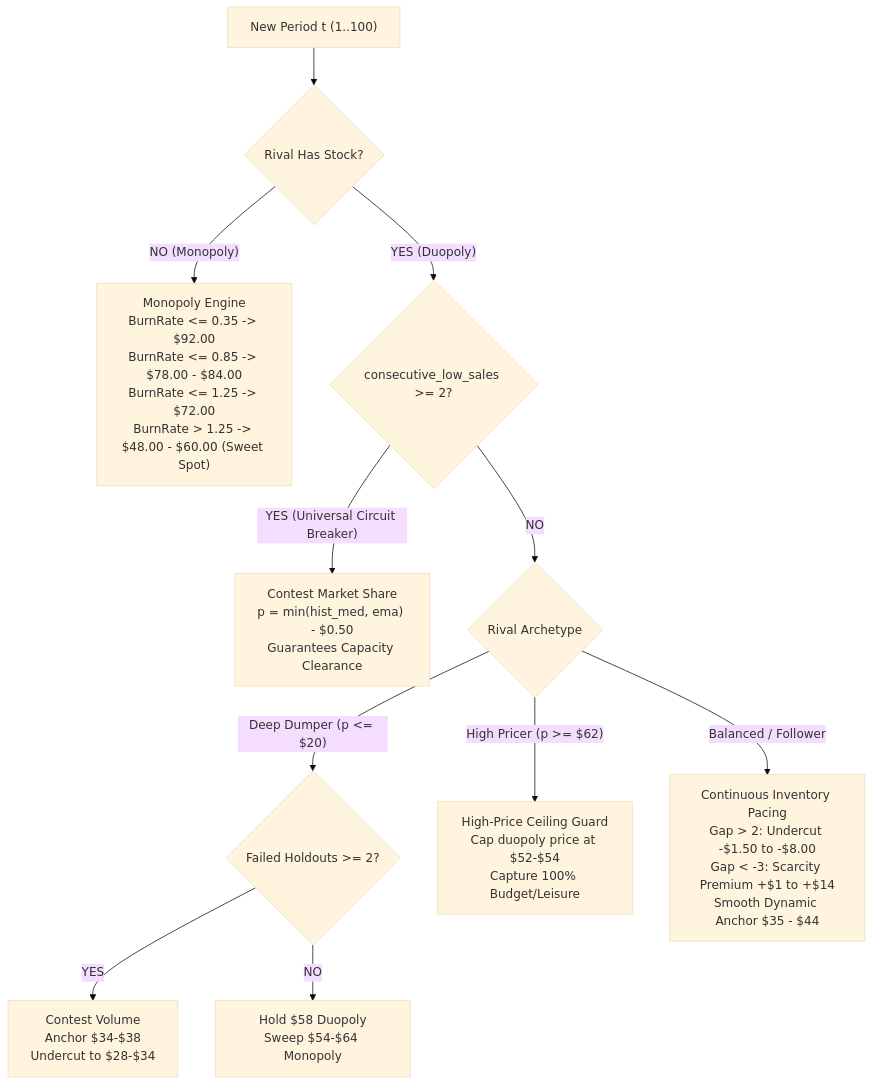
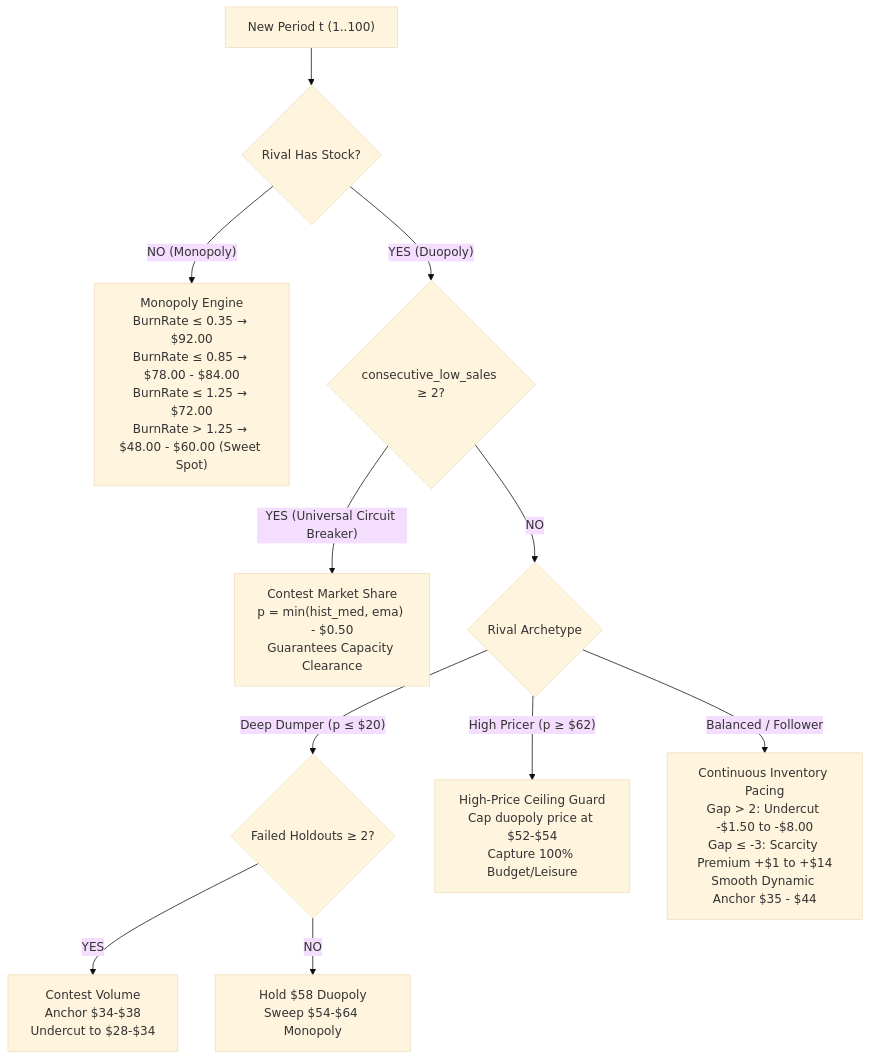
The diagram in README.md (RamezCh/Learning-Optimization), drawn with Mermaid (base theme) before and after one commit. The commit also changed other lines of this file and 7 other files, not shown here.

````diff
--- a/README.md
+++ b/README.md
@@ -253,20 +253,20 @@
 ```mermaid
 flowchart TD
     Start["New Period t (1..100)"] --> StockCheck{"Rival Has Stock?"}
     
-    StockCheck -- "NO (Monopoly)" --> MonopolyEngine["Monopoly Engine<br>BurnRate <= 0.35 -> $92.00<br>BurnRate <= 0.85 -> $78.00 - $84.00<br>BurnRate <= 1.25 -> $72.00<br>BurnRate > 1.25 -> $48.00 - $60.00 (Sweet Spot)"]
+    StockCheck -- "NO (Monopoly)" --> MonopolyEngine["Monopoly Engine<br/>BurnRate ≤ 0.35 → $92.00<br/>BurnRate ≤ 0.85 → $78.00 - $84.00<br/>BurnRate ≤ 1.25 → $72.00<br/>BurnRate > 1.25 → $48.00 - $60.00 (Sweet Spot)"]
     
-    StockCheck -- "YES (Duopoly)" --> CBCheck{"consecutive_low_sales >= 2?"}
+    StockCheck -- "YES (Duopoly)" --> CBCheck{"consecutive_low_sales ≥ 2?"}
     
-    CBCheck -- "YES (Universal Circuit Breaker)" --> ContestMarket["Contest Market Share<br>p = min(hist_med, ema) - $0.50<br>Guarantees Capacity Clearance"]
+    CBCheck -- "YES (Universal Circuit Breaker)" --> ContestMarket["Contest Market Share<br/>p = min(hist_med, ema) - $0.50<br/>Guarantees Capacity Clearance"]
     
     CBCheck -- "NO" --> ArchetypeCheck{"Rival Archetype"}
     
-    ArchetypeCheck -- "Deep Dumper (p <= $20)" --> DumperCircuit{"Failed Holdouts >= 2?"}
-    DumperCircuit -- "YES" --> ContestDumper["Contest Volume<br>Anchor $34-$38<br>Undercut to $28-$34"]
-    DumperCircuit -- "NO" --> HoldoutRule["Hold $58 Duopoly<br>Sweep $54-$64 Monopoly"]
+    ArchetypeCheck -- "Deep Dumper (p ≤ $20)" --> DumperCircuit{"Failed Holdouts ≥ 2?"}
+    DumperCircuit -- "YES" --> ContestDumper["Contest Volume<br/>Anchor $34-$38<br/>Undercut to $28-$34"]
+    DumperCircuit -- "NO" --> HoldoutRule["Hold $58 Duopoly<br/>Sweep $54-$64 Monopoly"]
     
-    ArchetypeCheck -- "High Pricer (p >= $62)" --> CeilingRule["High-Price Ceiling Guard<br>Cap duopoly price at $52-$54<br>Capture 100% Budget/Leisure"]
+    ArchetypeCheck -- "High Pricer (p ≥ $62)" --> CeilingRule["High-Price Ceiling Guard<br/>Cap duopoly price at $52-$54<br/>Capture 100% Budget/Leisure"]
     
-    ArchetypeCheck -- "Balanced / Follower" --> PacingRule["Continuous Inventory Pacing<br>Gap > 2: Undercut -$1.50 to -$8.00<br>Gap < -3: Scarcity Premium +$1 to +$14<br>Smooth Dynamic Anchor $35 - $44"]
+    ArchetypeCheck -- "Balanced / Follower" --> PacingRule["Continuous Inventory Pacing<br/>Gap > 2: Undercut -$1.50 to -$8.00<br/>Gap ≤ -3: Scarcity Premium +$1 to +$14<br/>Smooth Dynamic Anchor $35 - $44"]
 ```
````
